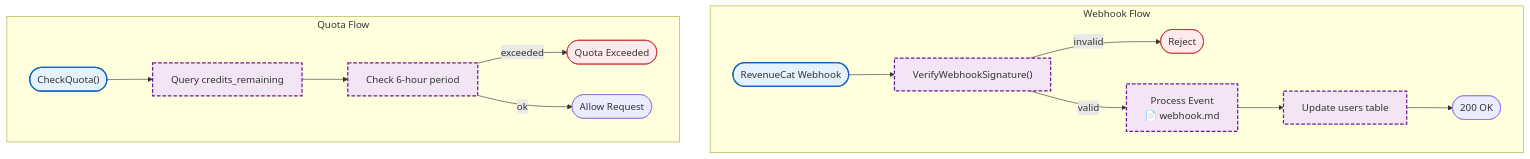
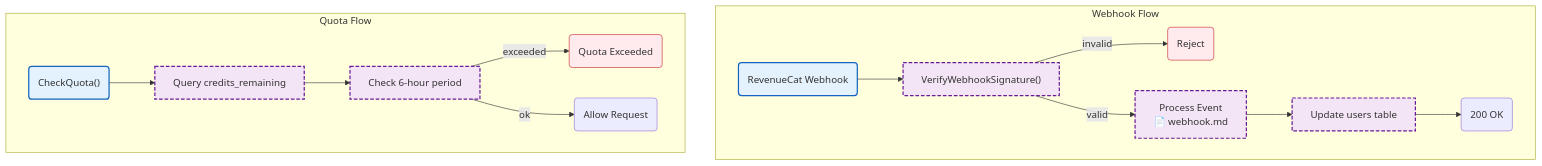
The first of 2 diagrams in docs/internal/billing.md (radch-ai/ava), drawn with Mermaid before and after one commit. The commit also changed 24 other files, not shown here.

First line of the commit message:
fix(docs): fix mermaid syntax errors in all diagrams

````diff
--- a/docs/internal/billing.md
+++ b/docs/internal/billing.md
@@ -7,26 +7,26 @@
 ```mermaid
 flowchart TB
     subgraph WebhookFlow ["Webhook Flow"]
-        Webhook(["RevenueCat Webhook"]) --> Verify["VerifyWebhookSignature()"]
-        Verify -->|invalid| Reject([Reject])
+        Webhook("RevenueCat Webhook") --> Verify["VerifyWebhookSignature()"]
+        Verify -->|invalid| Reject("Reject")
         Verify -->|valid| Process["Process Event
         📄 webhook.md"]
         Process --> UpdateDB["Update users table"]
-        UpdateDB --> OK([200 OK])
+        UpdateDB --> OK("200 OK")
     end
 
     subgraph QuotaFlow ["Quota Flow"]
-        Check(["CheckQuota()"]) --> QueryDB["Query credits_remaining"]
+        Check("CheckQuota()") --> QueryDB["Query credits_remaining"]
         QueryDB --> CheckPeriod["Check 6-hour period"]
-        CheckPeriod -->|exceeded| QuotaErr([Quota Exceeded])
-        CheckPeriod -->|ok| Allow([Allow Request])
+        CheckPeriod -->|exceeded| QuotaErr("Quota Exceeded")
+        CheckPeriod -->|ok| Allow("Allow Request")
     end
 
     classDef mainFn fill:#e3f2fd,stroke:#1565c0,stroke-width:2px
     classDef internalFn fill:#f3e5f5,stroke:#6a1b9a,stroke-width:2px,stroke-dasharray:6 3
     classDef errorFlow fill:#ffebee,stroke:#c62828,stroke-width:1px
 
     class Webhook,Check mainFn
     class Reject,QuotaErr errorFlow
     class Verify,Process,UpdateDB,QueryDB,CheckPeriod internalFn
 ```
````
